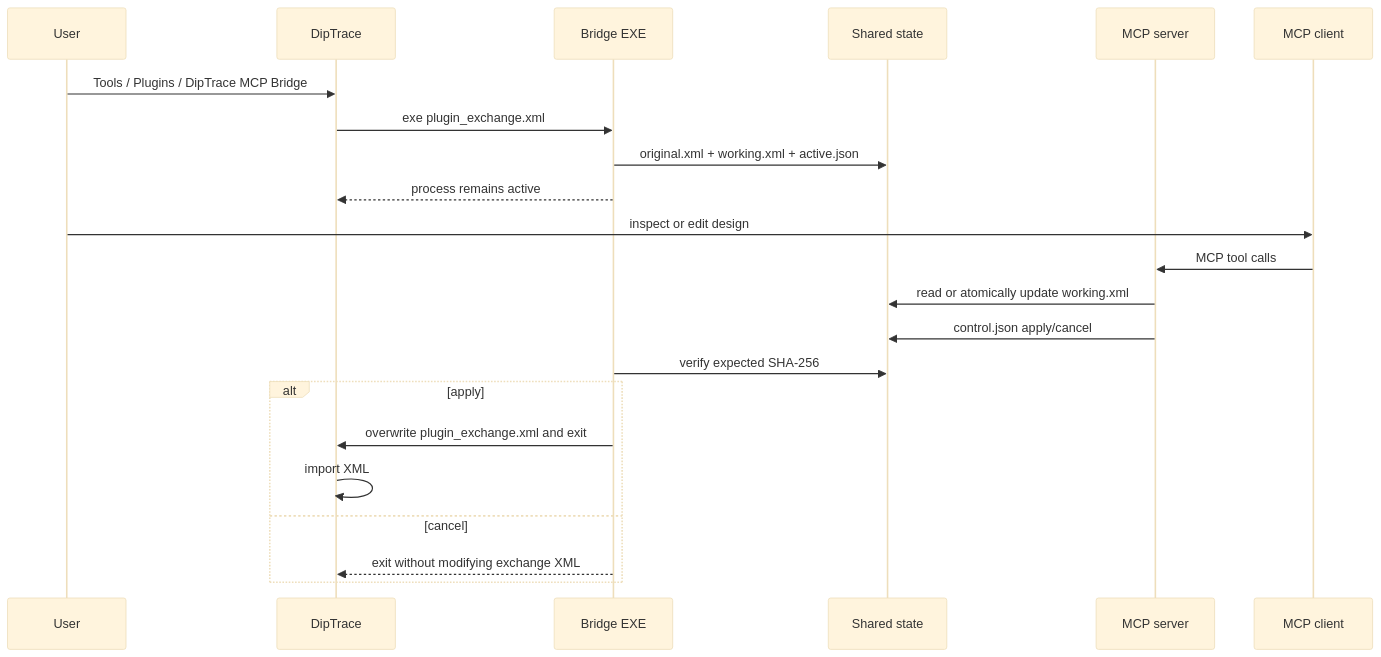
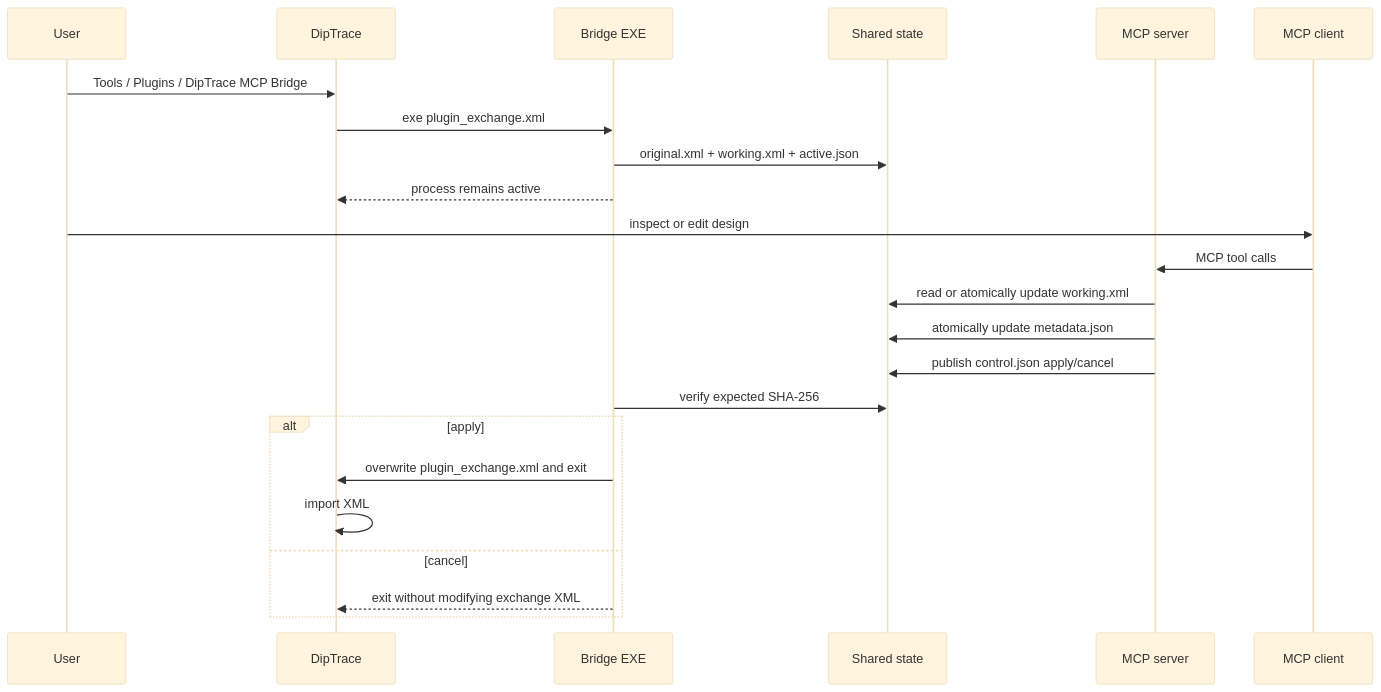
One commit to fireostendere/mcp_diptrace changed the diagram in docs/ARCHITECTURE.md. Above: the diagram before and after it, drawn with Mermaid (base theme). The commit also changed other lines of this file and 19 other files, not shown here.

````diff
--- a/docs/ARCHITECTURE.md
+++ b/docs/ARCHITECTURE.md
@@ -51,25 +53,26 @@
 ```mermaid
 sequenceDiagram
     participant U as User
     participant D as DipTrace
     participant B as Bridge EXE
     participant S as Shared state
     participant M as MCP server
     participant C as MCP client
 
     U->>D: Tools / Plugins / DipTrace MCP Bridge
     D->>B: exe plugin_exchange.xml
     B->>S: original.xml + working.xml + active.json
     B-->>D: process remains active
     U->>C: inspect or edit design
     C->>M: MCP tool calls
     M->>S: read or atomically update working.xml
-    M->>S: control.json apply/cancel
+    M->>S: atomically update metadata.json
+    M->>S: publish control.json apply/cancel
     B->>S: verify expected SHA-256
     alt apply
         B->>D: overwrite plugin_exchange.xml and exit
         D->>D: import XML
     else cancel
         B-->>D: exit without modifying exchange XML
     end
 ```
````
